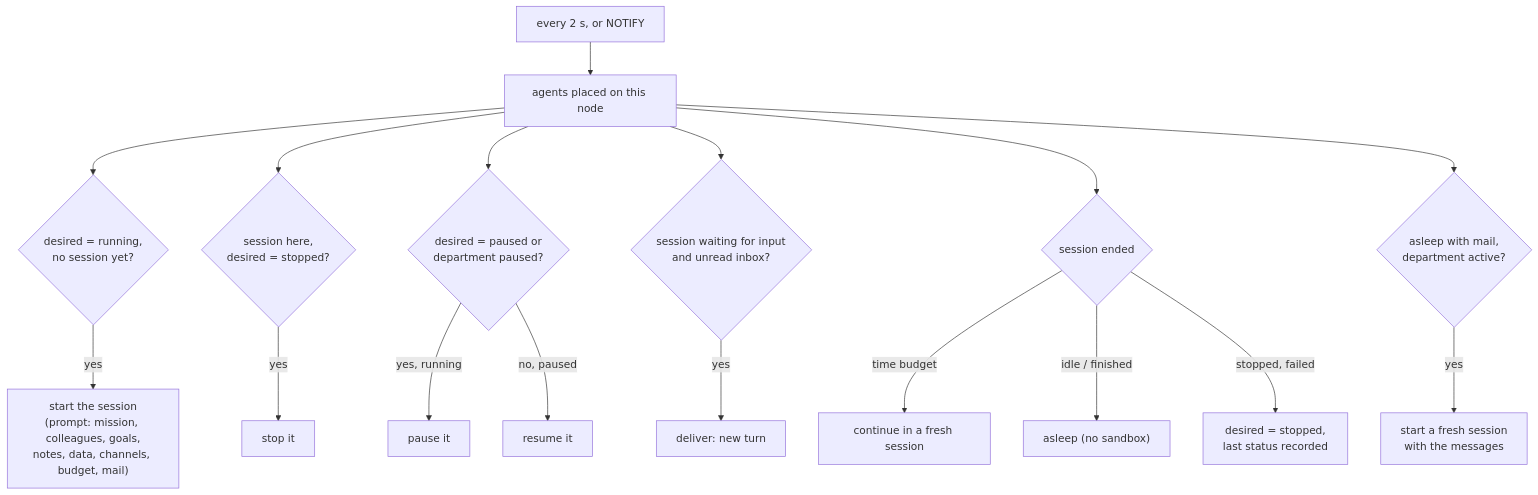
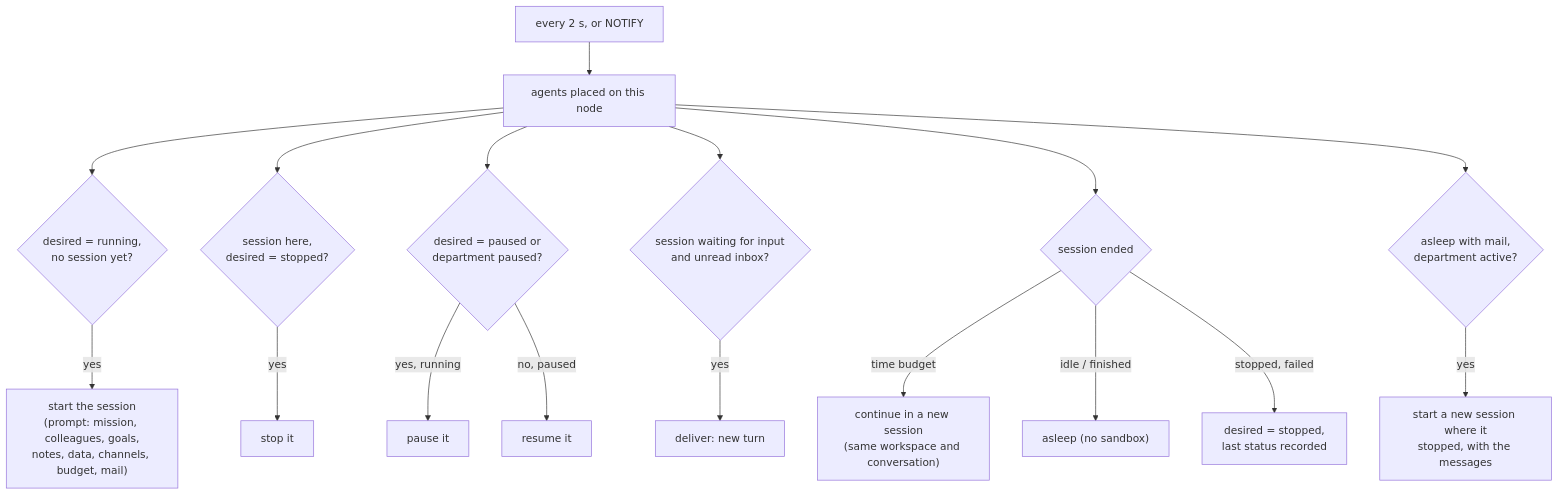
The tenth of 12 diagrams in docs/MULTI_AGENT.md (Jaelse/agentcore), drawn with Mermaid before and after one commit. The commit also changed other lines of this file and 52 other files, not shown here.

First line of the commit message:
Ephemeral nodes; sessions and agents pick up where they stopped

````diff
--- a/docs/MULTI_AGENT.md
+++ b/docs/MULTI_AGENT.md
@@ -936,19 +967,19 @@
 ```mermaid
 flowchart TD
     T["every 2 s, or NOTIFY"] --> L["agents placed on this node"]
     L --> A{"desired = running,<br/>no session yet?"}
     A -- yes --> START["start the session<br/>(prompt: mission, colleagues, goals,<br/>notes, data, channels, budget, mail)"]
     L --> B{"session here,<br/>desired = stopped?"}
     B -- yes --> STOP["stop it"]
     L --> C{"desired = paused or<br/>department paused?"}
     C -- "yes, running" --> PAUSE["pause it"]
     C -- "no, paused" --> RESUME["resume it"]
     L --> D{"session waiting for input<br/>and unread inbox?"}
     D -- yes --> DELIVER["deliver: new turn"]
     L --> E{"session ended"}
-    E -- "time budget" --> CONT["continue in a fresh session"]
+    E -- "time budget" --> CONT["continue in a new session<br/>(same workspace and conversation)"]
     E -- "idle / finished" --> SLEEP["asleep (no sandbox)"]
     E -- "stopped, failed" --> DONE["desired = stopped,<br/>last status recorded"]
     L --> F{"asleep with mail,<br/>department active?"}
-    F -- yes --> WAKE["start a fresh session<br/>with the messages"]
+    F -- yes --> WAKE["start a new session where it<br/>stopped, with the messages"]
 ```
````
